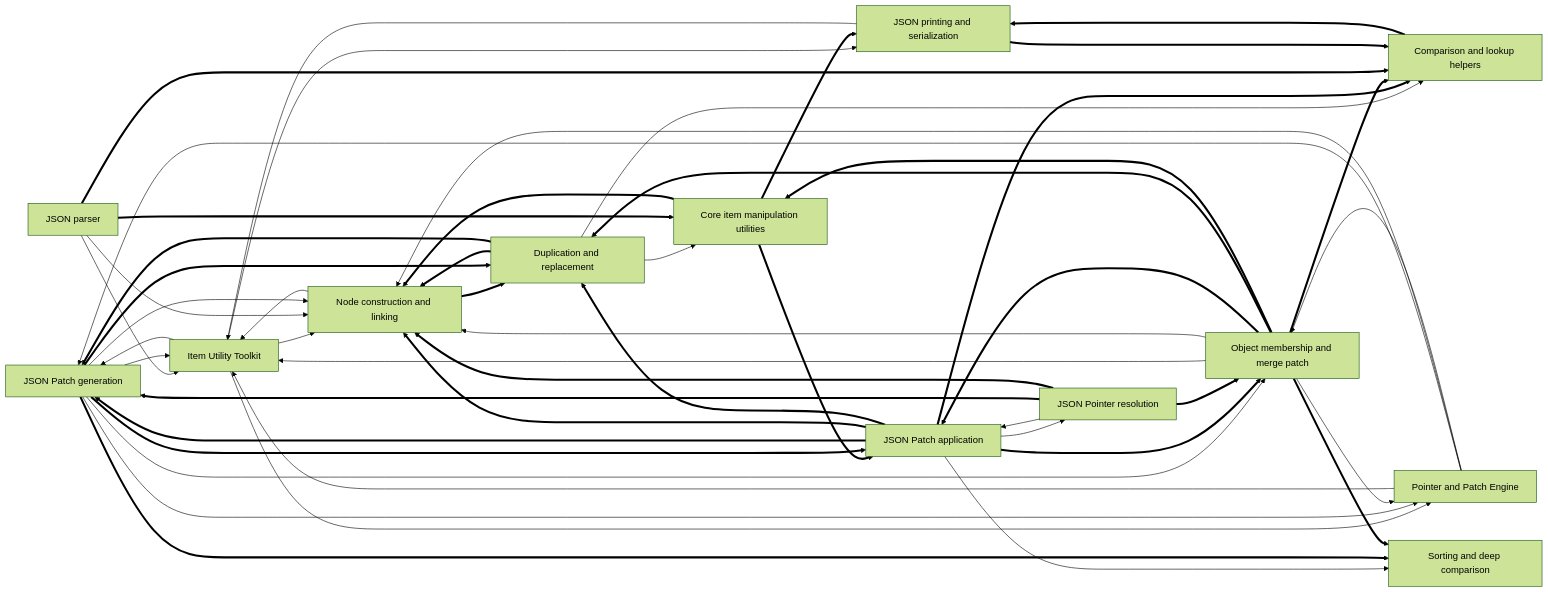
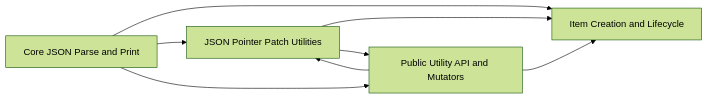
Before and after one commit to zlxdengtianhei/codebase-explorer: the diagram in examples/cjson/docs/DEPENDENCIES.md, drawn with Mermaid (forest theme). The commit also changed other lines of this file and 364 other files, not shown here.

````diff
--- a/examples/cjson/docs/DEPENDENCIES.md
+++ b/examples/cjson/docs/DEPENDENCIES.md
@@ -6,66 +6,14 @@
 ```mermaid
 flowchart LR
-  n0["JSON Patch generation"]
-  n1["Object membership and merge patch"]
-  n2["JSON Patch application"]
-  n3["Node construction and linking"]
-  n4["Item Utility Toolkit"]
-  n5["Duplication and replacement"]
-  n6["Pointer and Patch Engine"]
-  n7["Comparison and lookup helpers"]
-  n8["Core item manipulation utilities"]
-  n9["JSON Pointer resolution"]
-  n10["JSON printing and serialization"]
-  n11["JSON parser"]
-  n12["Sorting and deep comparison"]
-  n5 --> n7
-  n5 --> n8
-  n4 --> n0
-  n4 --> n10
-  n4 --> n3
-  n4 --> n6
-  n11 --> n4
-  n11 --> n3
-  n2 --> n9
-  n2 --> n12
-  n0 --> n4
+  n0["JSON Pointer Patch Utilities"]
+  n1["Public Utility API and Mutators"]
+  n2["Core JSON Parse and Print"]
+  n3["Item Creation and Lifecycle"]
+  n2 --> n3
+  n2 --> n0
+  n2 --> n1
   n0 --> n3
   n0 --> n1
-  n0 --> n6
-  n9 --> n2
-  n10 --> n4
-  n3 --> n4
-  n1 --> n4
   n1 --> n3
-  n1 --> n6
-  n6 --> n4
-  n6 --> n0
-  n6 --> n3
-  n6 --> n1
-  n2 ==> n0
-  n1 ==> n2
-  n2 ==> n3
-  n0 ==> n12
-  n5 ==> n3
-  n2 ==> n5
-  n2 ==> n1
-  n3 ==> n5
-  n1 ==> n5
-  n1 ==> n12
-  n8 ==> n2
-  n8 ==> n10
-  n8 ==> n3
-  n5 ==> n0
-  n2 ==> n7
-  n0 ==> n2
-  n9 ==> n0
-  n1 ==> n7
-  n1 ==> n8
-  n7 ==> n10
-  n11 ==> n7
-  n11 ==> n8
-  n0 ==> n5
-  n9 ==> n3
-  n9 ==> n1
-  n10 ==> n7
+  n1 --> n0
 ```
````
